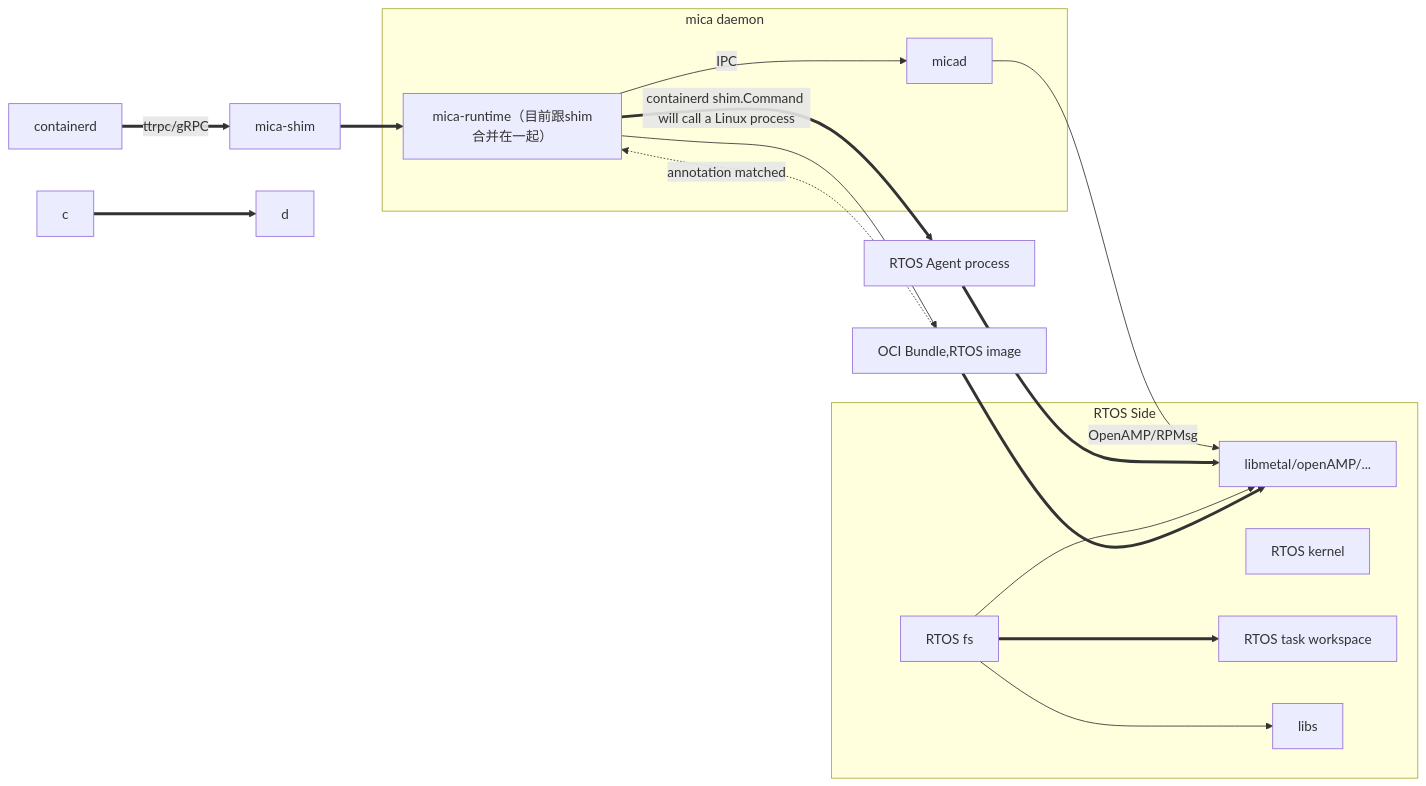
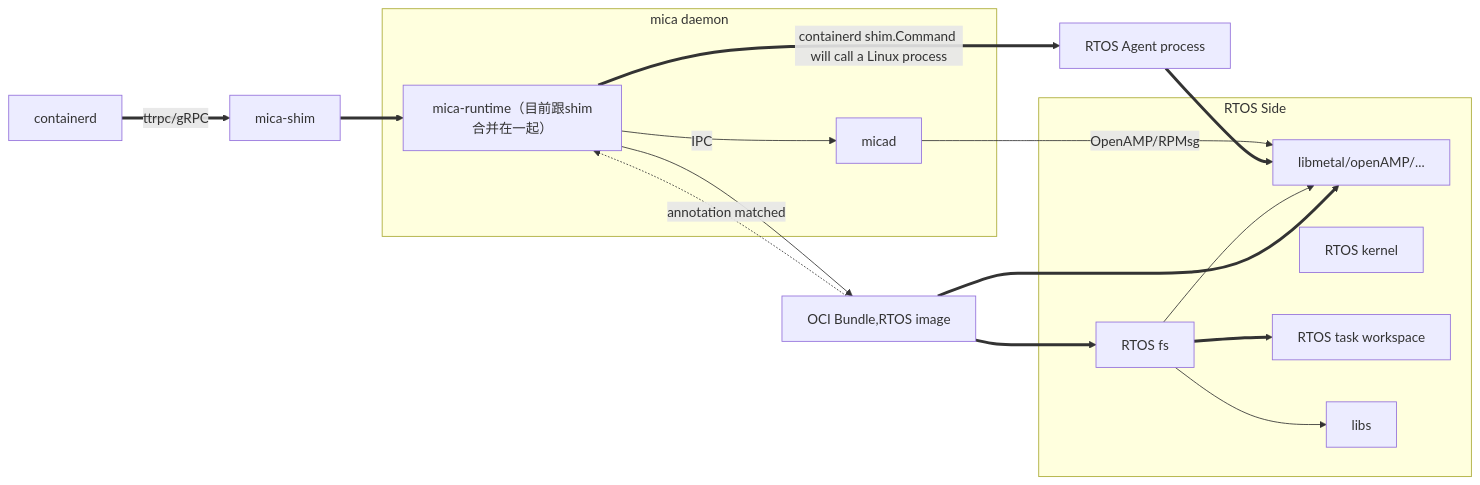
One commit to Egg12138/iodraw-files changed the diagram in all/未命名.md. Above: the diagram before and after it, drawn with Mermaid.

Commit message:
2025-06-23 09:23:13 update

````diff
--- a/all/未命名.md
+++ b/all/未命名.md
@@ -1,25 +1,26 @@
 ```mermaid
 graph LR
     CD[containerd] ==>|ttrpc/gRPC| S
     S[mica-shim] ==> MR
     MR[mica-runtime（目前跟shim合并在一起）] -->|IPC| A[micad]
     MR -->C[OCI Bundle,RTOS image]
     MR ==>|containerd shim.Command will call a Linux process|AG[RTOS Agent process]
     A -->|OpenAMP/RPMsg| B[RTOS Remote Core]
     C -.->|annotation matched| MR
     AG ==>B
     subgraph RTOS Side
         K[RTOS kernel]
         B[libmetal/openAMP/...]
         D[RTOS fs] ==> E
         D --> L[libs]
         D --> B
         E[RTOS task workspace]
     end
     C==>B
-    c==>d
+    C==>D
+ 
     subgraph mica daemon
         A
         MR
     end
 ```
````
